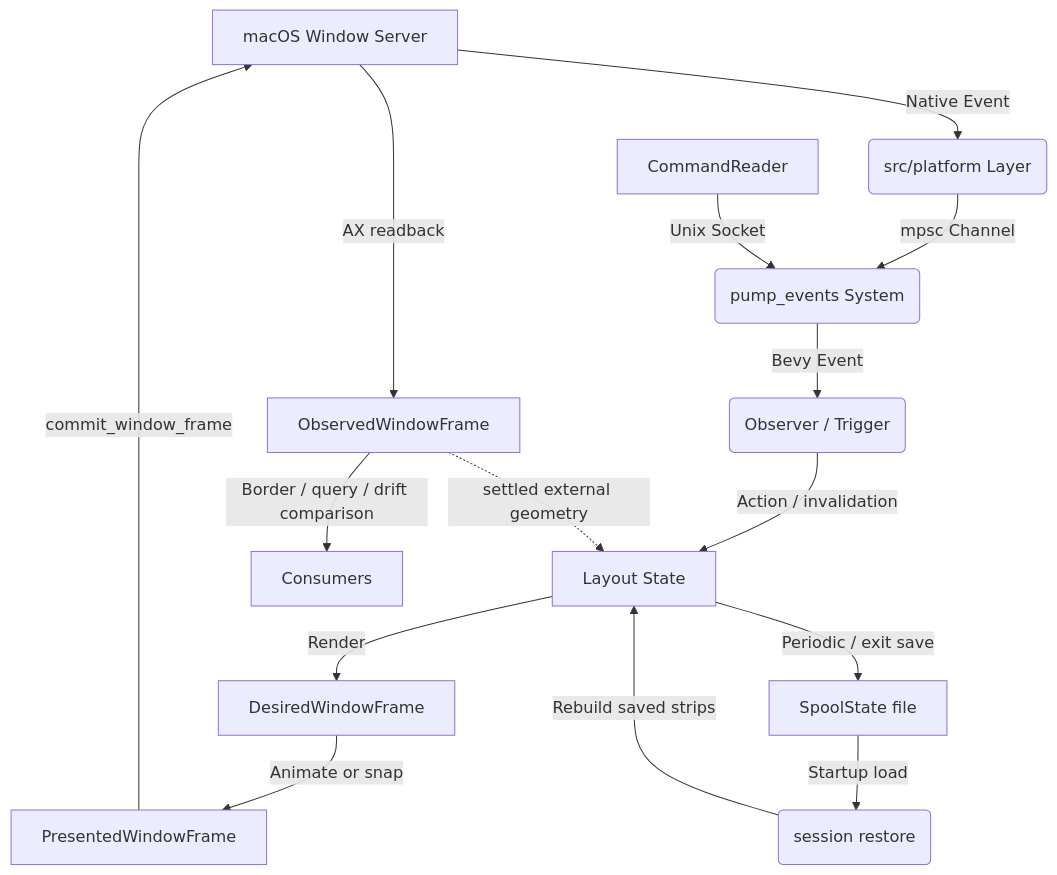
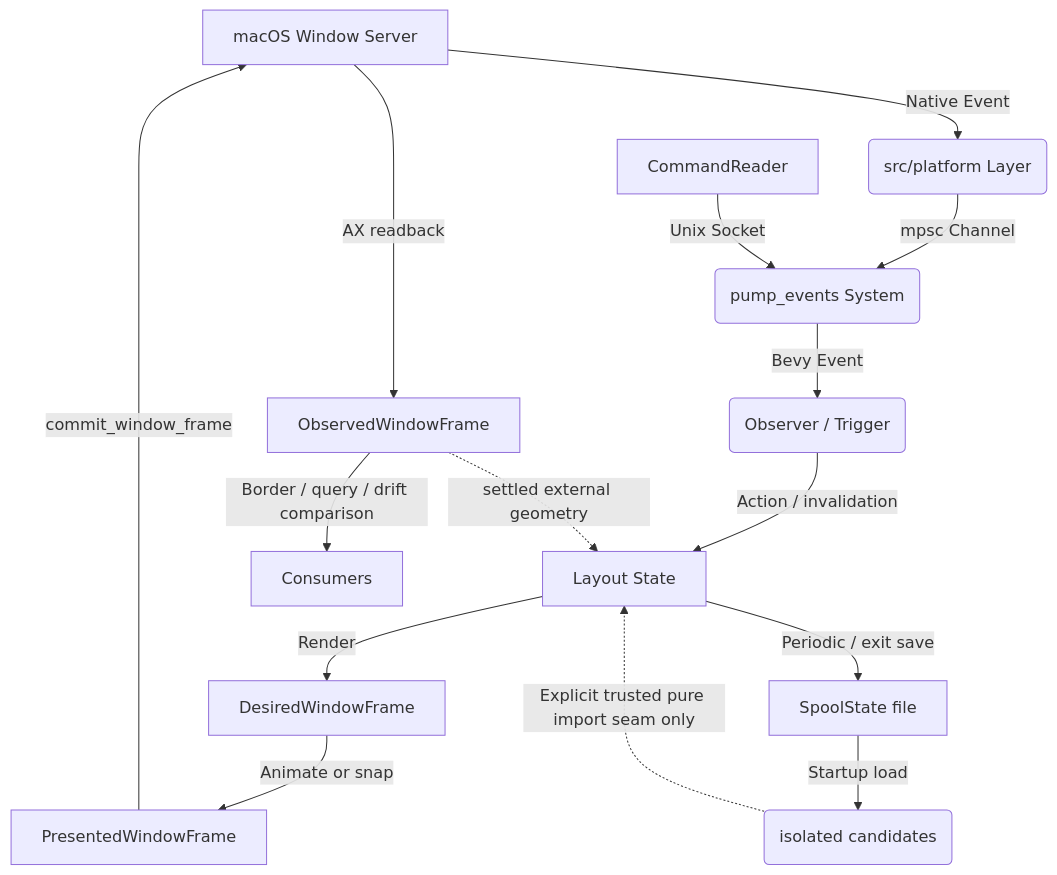
One commit to wxxxcxx/spool changed the diagram in docs/ARCHITECTURE.md. Above: the diagram before and after it, drawn with Mermaid. The commit also changed other lines of this file and 89 other files, not shown here.

````diff
--- a/docs/ARCHITECTURE.md
+++ b/docs/ARCHITECTURE.md
@@ -563,17 +552,17 @@
 ```mermaid
 graph TD
     A[macOS Window Server] -->|Native Event| B(src/platform Layer)
     B -->|mpsc Channel| C(pump_events System)
     C -->|Bevy Event| D(Observer / Trigger)
     D -->|Action / invalidation| E[Layout State]
     E -->|Render| F[DesiredWindowFrame]
     F -->|Animate or snap| G[PresentedWindowFrame]
     G -->|commit_window_frame| A
     A -->|AX readback| O[ObservedWindowFrame]
     O -->|Border / query / drift comparison| Q[Consumers]
     O -. settled external geometry .-> E
     H[CommandReader] -->|Unix Socket| C
-    S[SpoolState file] -->|Startup load| R(session restore)
-    R -->|Rebuild saved strips| E
+    S[SpoolState file] -->|Startup load| R(isolated candidates)
+    R -. Explicit trusted pure import seam only .-> E
     E -->|Periodic / exit save| S
 ```
````
